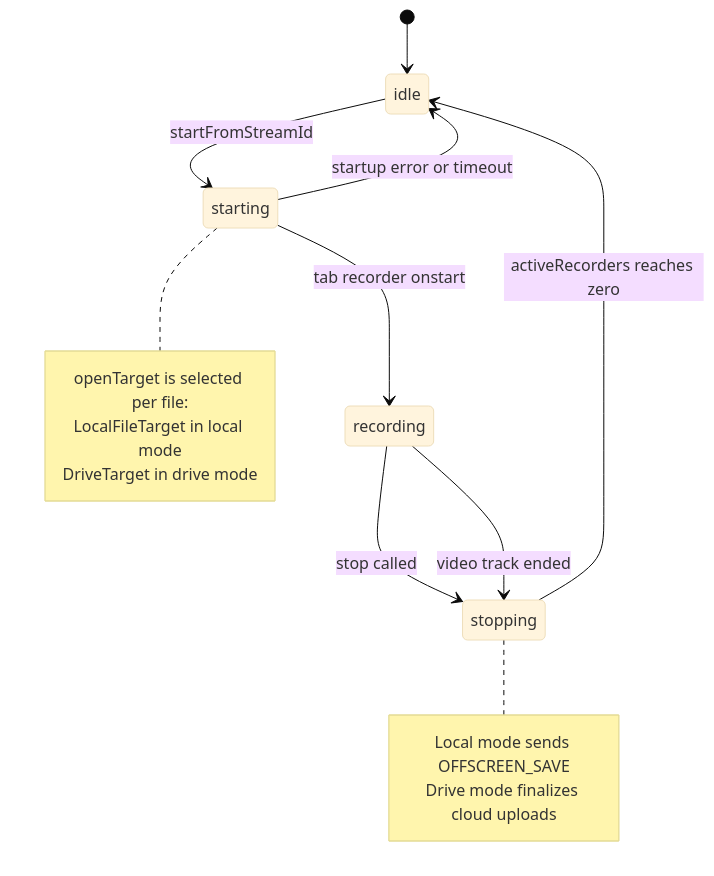
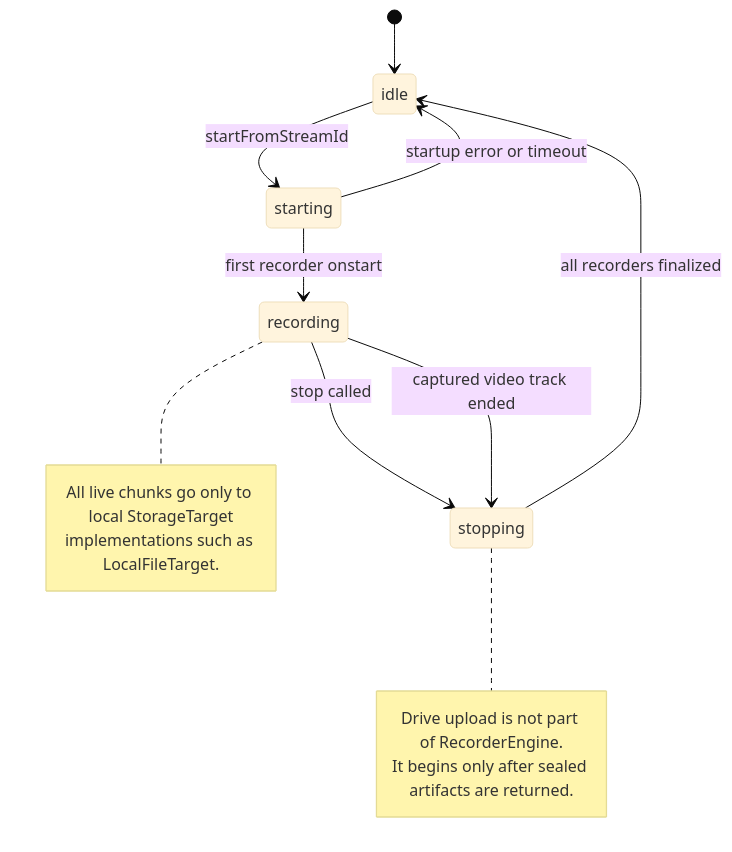
Before and after one commit to kstroevsky/chrome-meeting-recording-extension: the fifth of 9 diagrams in Documentation.md, drawn with Mermaid (base theme). The commit also changed other lines of this file, not shown here.

Commit message:
Docs: Google Drive logic

````diff
--- a/Documentation.md
+++ b/Documentation.md
@@ -216,24 +243,23 @@
 ```mermaid
 stateDiagram-v2
     [*] --> idle
 
     idle --> starting : startFromStreamId
-    starting --> recording : tab recorder onstart
+    starting --> recording : first recorder onstart
     starting --> idle : startup error or timeout
 
     recording --> stopping : stop called
-    recording --> stopping : video track ended
+    recording --> stopping : captured video track ended
 
-    stopping --> idle : activeRecorders reaches zero
+    stopping --> idle : all recorders finalized
 
-    note right of starting
-        openTarget is selected per file:
-        LocalFileTarget in local mode
-        DriveTarget in drive mode
+    note right of recording
+        All live chunks go only to local StorageTarget
+        implementations such as LocalFileTarget.
     end note
 
     note right of stopping
-        Local mode sends OFFSCREEN_SAVE
-        Drive mode finalizes cloud uploads
+        Drive upload is not part of RecorderEngine.
+        It begins only after sealed artifacts are returned.
     end note
 ```
````
